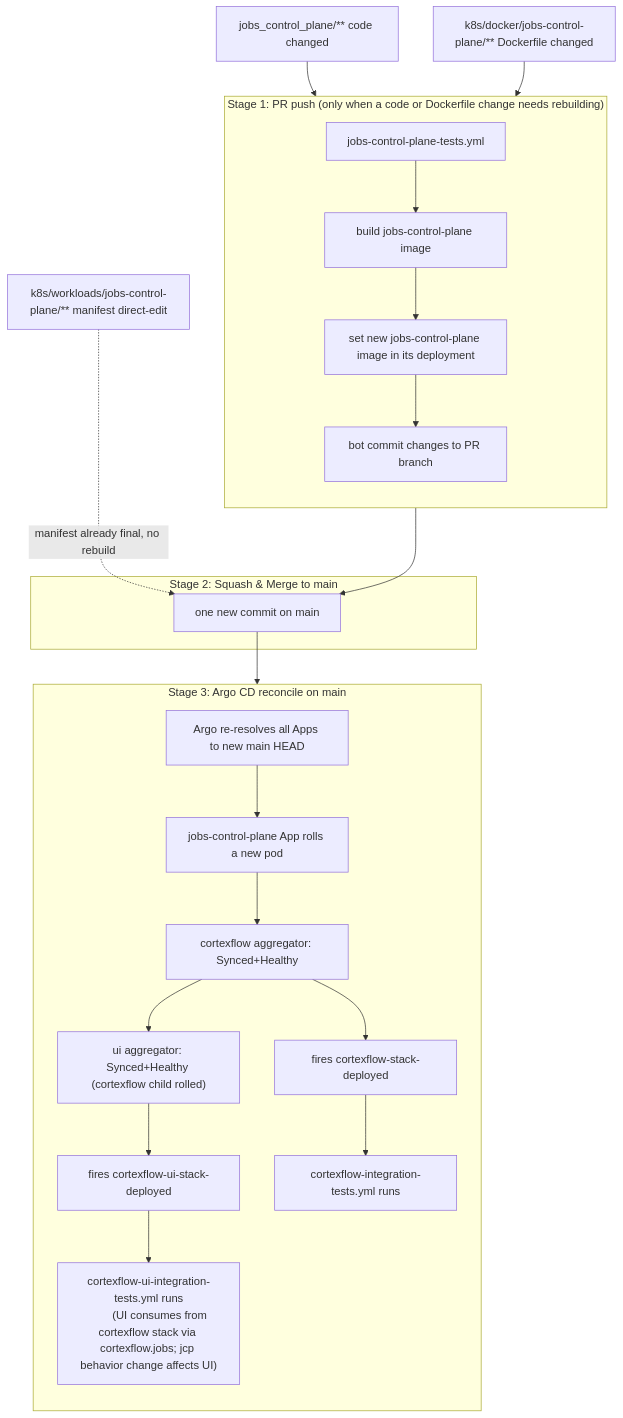
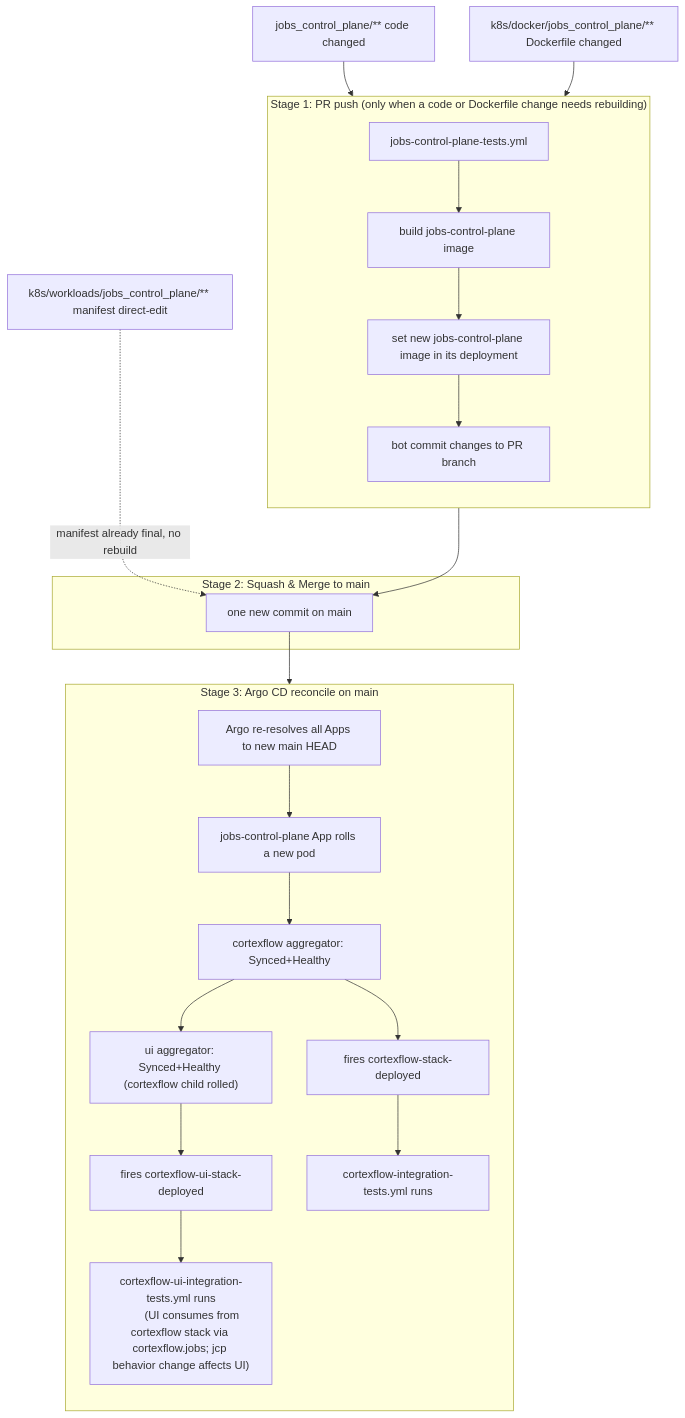
One commit to robodatalab/cortexgrid changed the third of 8 diagrams in docs/k8s/cicd.md. Above: the diagram before and after it, drawn with Mermaid. The commit also changed other lines of this file and 42 other files, not shown here.

````diff
--- a/docs/k8s/cicd.md
+++ b/docs/k8s/cicd.md
@@ -163,48 +163,48 @@
 ```mermaid
 flowchart TB
     src["jobs_control_plane/** code changed"]
-    dsrc["k8s/docker/jobs-control-plane/** Dockerfile changed"]
-    wl["k8s/workloads/jobs-control-plane/** manifest direct-edit"]
+    dsrc["k8s/docker/jobs_control_plane/** Dockerfile changed"]
+    wl["k8s/workloads/jobs_control_plane/** manifest direct-edit"]
 
     subgraph S1["Stage 1: PR push (only when a code or Dockerfile change needs rebuilding)"]
         direction TB
         T1["jobs-control-plane-tests.yml"]
         B1["build jobs-control-plane image"]
         E1["set new jobs-control-plane image in its deployment"]
         C["bot commit changes to PR branch"]
         T1 --> B1
         B1 --> E1
         E1 --> C
     end
 
     src --> T1
     dsrc --> B1
 
     subgraph S2["Stage 2: Squash & Merge to main"]
         M["one new commit on main"]
     end
     C --> M
     wl -. manifest already final, no rebuild .-> M
 
     subgraph S3["Stage 3: Argo CD reconcile on main"]
         direction TB
         Sync["Argo re-resolves all Apps to new main HEAD"]
         Roll_jcp["jobs-control-plane App rolls a new pod"]
         Agg_cf["cortexflow aggregator: Synced+Healthy"]
         Agg_ui["ui aggregator: Synced+Healthy (cortexflow child rolled)"]
         N_cf["fires cortexflow-stack-deployed"]
         N_ui["fires cortexflow-ui-stack-deployed"]
         IT_cf["cortexflow-integration-tests.yml runs"]
         IT_uic["cortexflow-ui-integration-tests.yml runs
         (UI consumes from cortexflow stack via cortexflow.jobs; jcp behavior change affects UI)"]
 
         Sync --> Roll_jcp
         Roll_jcp --> Agg_cf
         Agg_cf --> Agg_ui
         Agg_cf --> N_cf
         Agg_ui --> N_ui
         N_cf --> IT_cf
         N_ui --> IT_uic
     end
     M --> Sync
 ```
````
